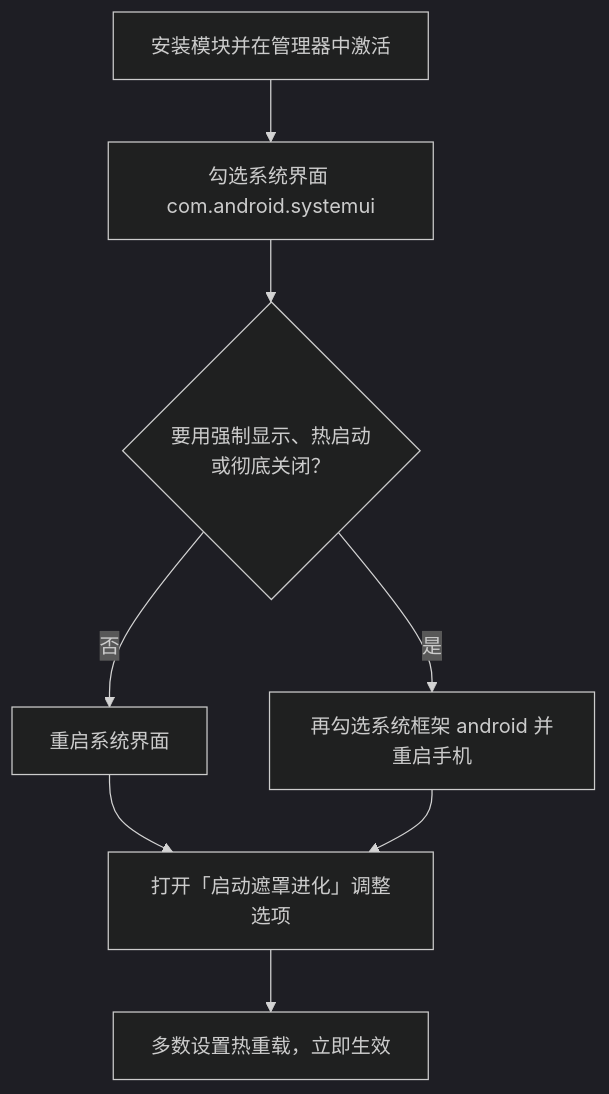
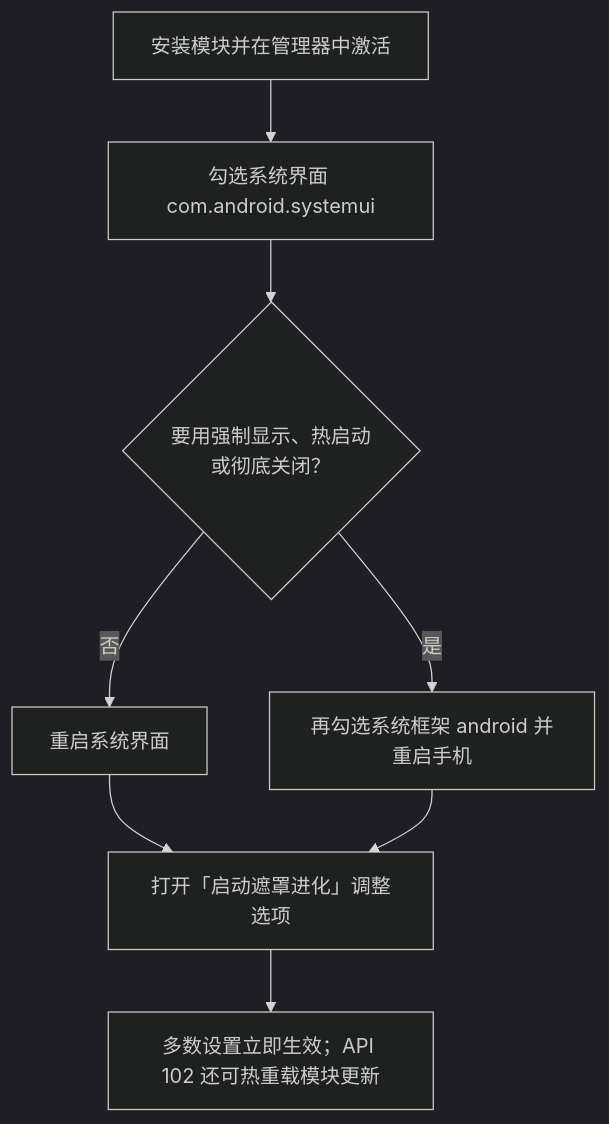
The diagram in README.md (jichuo1/SplashScreenAdvanced), drawn with Mermaid (dark theme) before and after one commit. The commit also changed other lines of this file and 5 other files, not shown here.

````diff
--- a/README.md
+++ b/README.md
@@ -100,10 +100,10 @@
 ```mermaid
 flowchart TD
   A[安装模块并在管理器中激活] --> B[勾选系统界面 com.android.systemui]
   B --> C{要用强制显示、热启动<br>或彻底关闭？}
   C -->|否| D[重启系统界面]
   C -->|是| E[再勾选系统框架 android 并重启手机]
   D --> F[打开「启动遮罩进化」调整选项]
   E --> F
-  F --> G[多数设置热重载，立即生效]
+  F --> G[多数设置立即生效；API 102 还可热重载模块更新]
 ```
````
